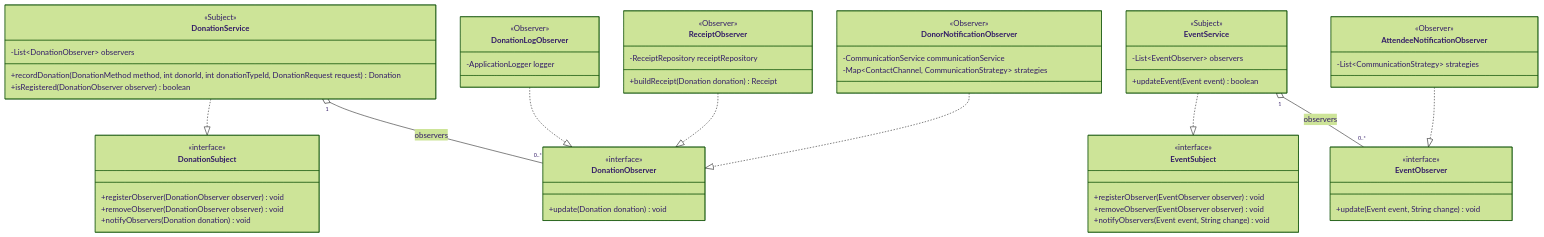
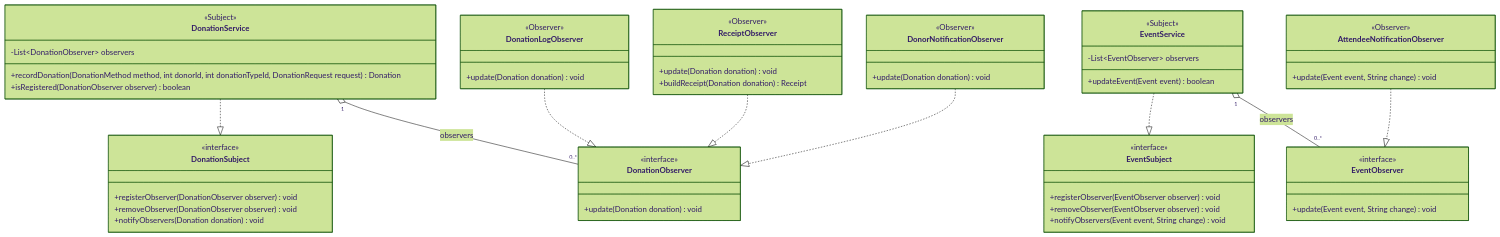
One commit to Abdallah1707/Ripple changed the third of 7 diagrams in docs/class-diagram.md. Above: the diagram before and after it, drawn with Mermaid (forest theme). The commit also changed other lines of this file and 6 other files, not shown here.

````diff
--- a/docs/class-diagram.md
+++ b/docs/class-diagram.md
@@ -1100,61 +995,60 @@
 ```mermaid
 classDiagram
 direction TB
 class DonationSubject {
     <<interface>>
     +registerObserver(DonationObserver observer) void
     +removeObserver(DonationObserver observer) void
     +notifyObservers(Donation donation) void
 }
 class DonationService {
     <<Subject>>
     -List~DonationObserver~ observers
     +recordDonation(DonationMethod method, int donorId, int donationTypeId, DonationRequest request) Donation
     +isRegistered(DonationObserver observer) boolean
 }
 class DonationObserver {
     <<interface>>
     +update(Donation donation) void
 }
 class DonationLogObserver {
     <<Observer>>
-    -ApplicationLogger logger
+    +update(Donation donation) void
 }
 class ReceiptObserver {
     <<Observer>>
-    -ReceiptRepository receiptRepository
+    +update(Donation donation) void
     +buildReceipt(Donation donation) Receipt
 }
 class DonorNotificationObserver {
     <<Observer>>
-    -CommunicationService communicationService
-    -Map~ContactChannel, CommunicationStrategy~ strategies
+    +update(Donation donation) void
 }
 DonationService ..|> DonationSubject
 DonationService "1" o-- "0..*" DonationObserver : observers
 DonationLogObserver ..|> DonationObserver
 ReceiptObserver ..|> DonationObserver
 DonorNotificationObserver ..|> DonationObserver
 class EventSubject {
     <<interface>>
     +registerObserver(EventObserver observer) void
     +removeObserver(EventObserver observer) void
     +notifyObservers(Event event, String change) void
 }
 class EventService {
     <<Subject>>
     -List~EventObserver~ observers
     +updateEvent(Event event) boolean
 }
 class EventObserver {
     <<interface>>
     +update(Event event, String change) void
 }
 class AttendeeNotificationObserver {
     <<Observer>>
-    -List~CommunicationStrategy~ strategies
+    +update(Event event, String change) void
 }
 EventService ..|> EventSubject
 EventService "1" o-- "0..*" EventObserver : observers
 AttendeeNotificationObserver ..|> EventObserver
 ```
````
